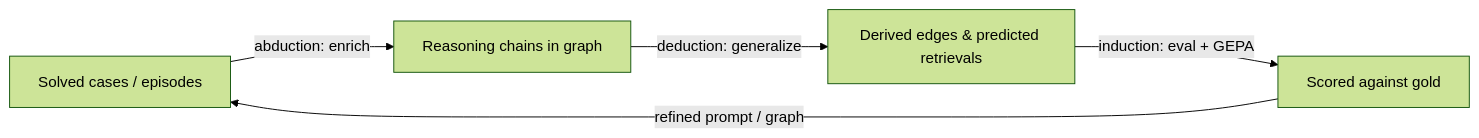
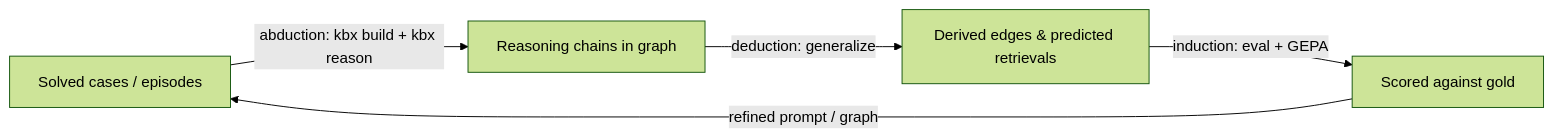
One commit to metalmon/glossa changed the diagram in docs/graph-reasoning-directions.md. Above: the diagram before and after it, drawn with Mermaid (forest theme). The commit also changed other lines of this file and 36 other files, not shown here.

````diff
--- a/docs/graph-reasoning-directions.md
+++ b/docs/graph-reasoning-directions.md
@@ -23,7 +29,7 @@
 ```mermaid
 flowchart LR
-  obs[Solved cases / episodes] -->|abduction: enrich| hyp[Reasoning chains in graph]
+  obs[Solved cases / episodes] -->|abduction: kbx build + kbx reason| hyp[Reasoning chains in graph]
   hyp -->|deduction: generalize| pred[Derived edges & predicted retrievals]
   pred -->|induction: eval + GEPA| test[Scored against gold]
   test -->|refined prompt / graph| obs
 ```
````
